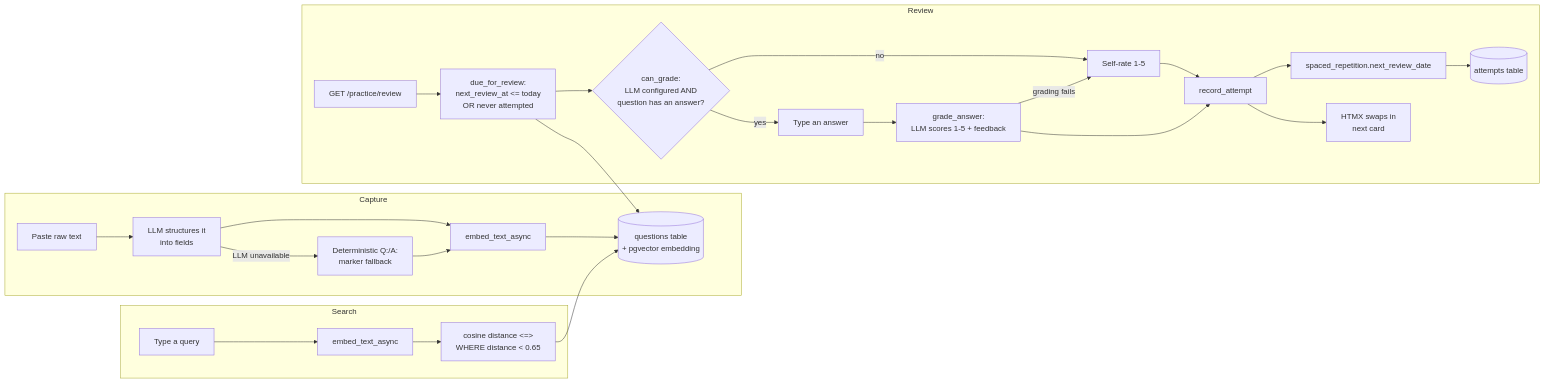
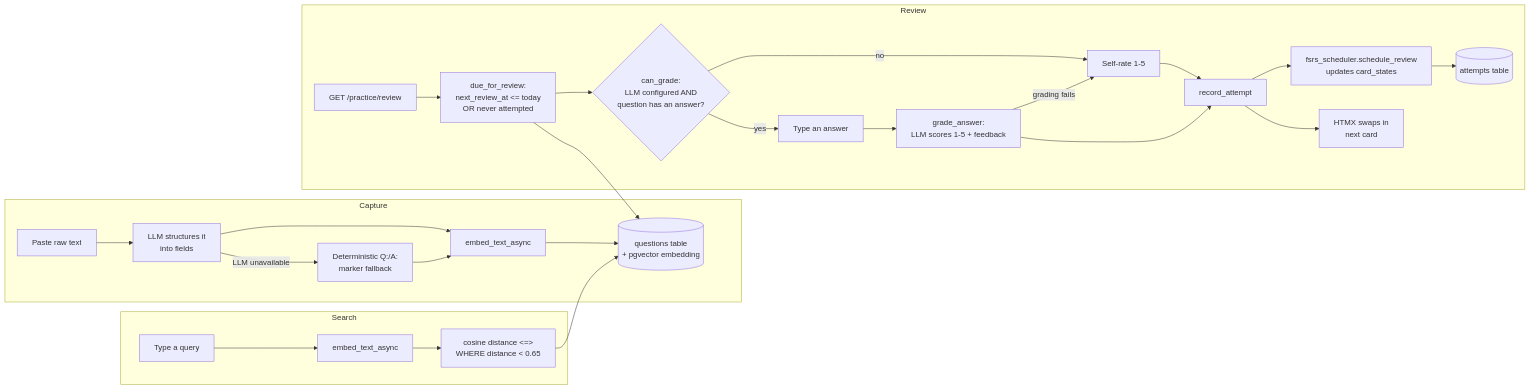
The first of 3 diagrams in ARCHITECTURE.md (SAYUSHMAN18/PracticeLoop), drawn with Mermaid before and after one commit. The commit also changed other lines of this file and 2 other files, not shown here.

````diff
--- a/ARCHITECTURE.md
+++ b/ARCHITECTURE.md
@@ -5,30 +5,30 @@
 ```mermaid
 flowchart LR
     subgraph Capture
         A[Paste raw text] --> B[LLM structures it<br/>into fields]
         B -->|LLM unavailable| C[Deterministic Q:/A:<br/>marker fallback]
         B --> D[embed_text_async]
         C --> D
         D --> E[(questions table<br/>+ pgvector embedding)]
     end
 
     subgraph Search
         F[Type a query] --> G[embed_text_async]
         G --> H["cosine distance <=><br/>WHERE distance < 0.65"]
         H --> E
     end
 
     subgraph Review
         I[GET /practice/review] --> J[due_for_review:<br/>next_review_at <= today<br/>OR never attempted]
         J --> E
         J --> P{can_grade:<br/>LLM configured AND<br/>question has an answer?}
         P -->|yes| Q[Type an answer] --> R[grade_answer:<br/>LLM scores 1-5 + feedback]
         P -->|no| K[Self-rate 1-5]
         R -->|grading fails| K
         K --> L[record_attempt]
         R --> L
-        L --> M[spaced_repetition.next_review_date]
+        L --> M[fsrs_scheduler.schedule_review<br/>updates card_states]
         M --> N[(attempts table)]
         L --> O[HTMX swaps in<br/>next card]
     end
 ```
````
